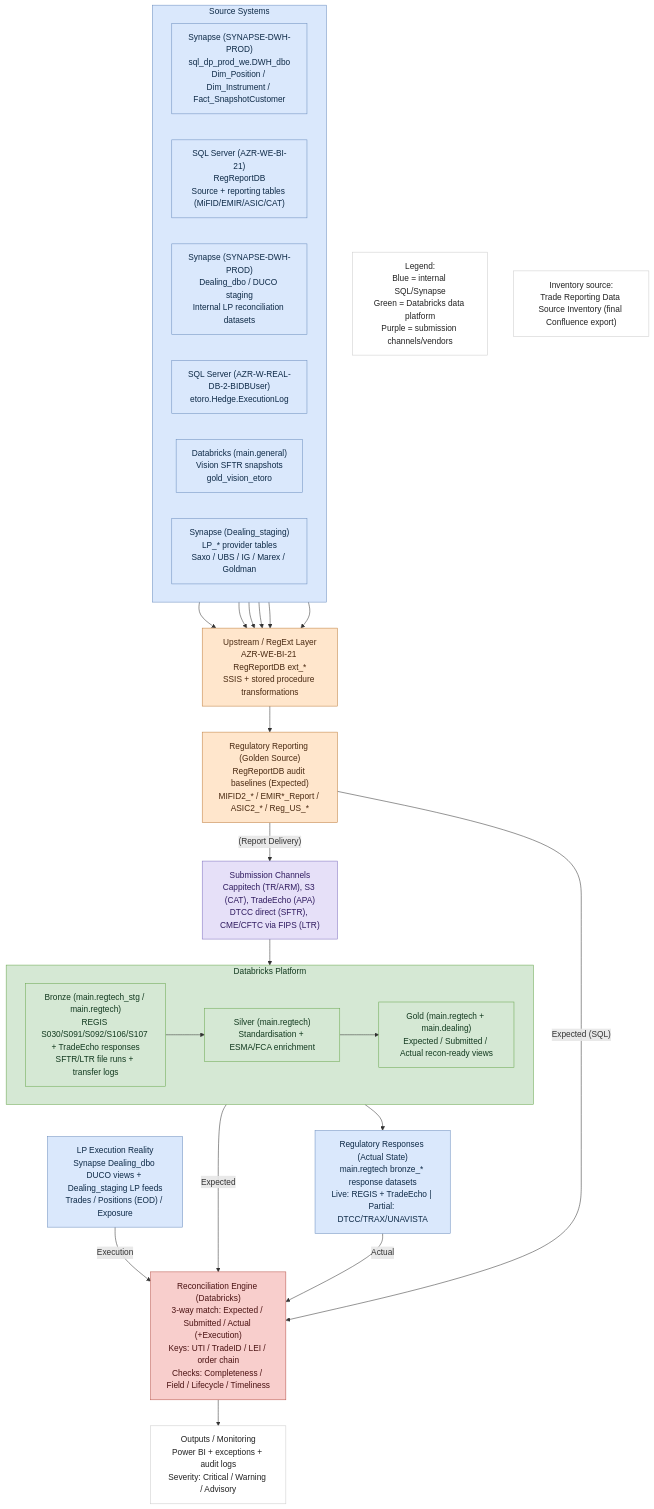
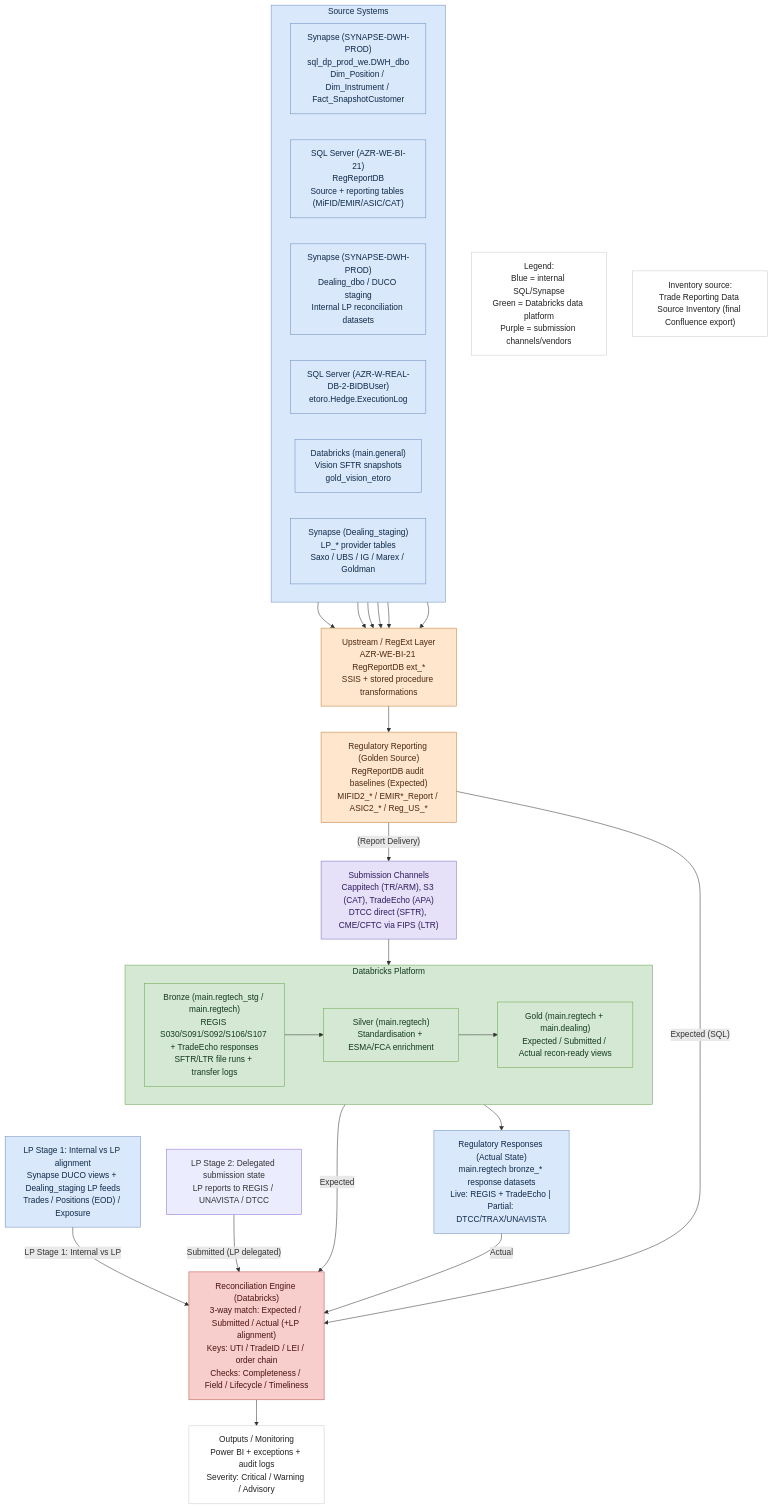
The diagram in docs/trade-recon-architecture-v2-from-xml.md (valentinosko-hub/RegTech), drawn with Mermaid before and after one commit. The commit also changed 2 other files, not shown here.

Commit message:
Refine LP flow to two-stage control semantics

````diff
--- a/docs/trade-recon-architecture-v2-from-xml.md
+++ b/docs/trade-recon-architecture-v2-from-xml.md
@@ -3,65 +3,67 @@
 ```mermaid
 flowchart TB
   %% Source systems
   subgraph SW1["Source Systems"]
     direction LR
     S1["Synapse (SYNAPSE-DWH-PROD)<br/>sql_dp_prod_we.DWH_dbo<br/>Dim_Position / Dim_Instrument / Fact_SnapshotCustomer"]
     S2["SQL Server (AZR-WE-BI-21)<br/>RegReportDB<br/>Source + reporting tables (MiFID/EMIR/ASIC/CAT)"]
     S3["Synapse (SYNAPSE-DWH-PROD)<br/>Dealing_dbo / DUCO staging<br/>Internal LP reconciliation datasets"]
     S4["SQL Server (AZR-W-REAL-DB-2-BIDBUser)<br/>etoro.Hedge.ExecutionLog"]
     S5["Databricks (main.general)<br/>Vision SFTR snapshots<br/>gold_vision_etoro"]
     S6["Synapse (Dealing_staging)<br/>LP_* provider tables<br/>Saxo / UBS / IG / Marex / Goldman"]
   end
 
   REGEXT["Upstream / RegExt Layer<br/>AZR-WE-BI-21 RegReportDB ext_*<br/>SSIS + stored procedure transformations"]
   REPORT["Regulatory Reporting (Golden Source)<br/>RegReportDB audit baselines (Expected)<br/>MIFID2_* / EMIR*_Report / ASIC2_* / Reg_US_*"]
   SUB["Submission Channels<br/>Cappitech (TR/ARM), S3 (CAT), TradeEcho (APA)<br/>DTCC direct (SFTR), CME/CFTC via FIPS (LTR)"]
 
   %% Databricks platform
   subgraph DB["Databricks Platform"]
     direction LR
     BRONZE["Bronze (main.regtech_stg / main.regtech)<br/>REGIS S030/S091/S092/S106/S107 + TradeEcho responses<br/>SFTR/LTR file runs + transfer logs"]
     SILVER["Silver (main.regtech)<br/>Standardisation + ESMA/FCA enrichment"]
     GOLD["Gold (main.regtech + main.dealing)<br/>Expected / Submitted / Actual recon-ready views"]
   end
 
-  LP["LP Execution Reality<br/>Synapse Dealing_dbo DUCO views + Dealing_staging LP feeds<br/>Trades / Positions (EOD) / Exposure"]
+  LP["LP Stage 1: Internal vs LP alignment<br/>Synapse DUCO views + Dealing_staging LP feeds<br/>Trades / Positions (EOD) / Exposure"]
+  LPSUB["LP Stage 2: Delegated submission state<br/>LP reports to REGIS / UNAVISTA / DTCC"]
   TR["Regulatory Responses (Actual State)<br/>main.regtech bronze_* response datasets<br/>Live: REGIS + TradeEcho | Partial: DTCC/TRAX/UNAVISTA"]
-  RECON["Reconciliation Engine (Databricks)<br/>3-way match: Expected / Submitted / Actual (+Execution)<br/>Keys: UTI / TradeID / LEI / order chain<br/>Checks: Completeness / Field / Lifecycle / Timeliness"]
+  RECON["Reconciliation Engine (Databricks)<br/>3-way match: Expected / Submitted / Actual (+LP alignment)<br/>Keys: UTI / TradeID / LEI / order chain<br/>Checks: Completeness / Field / Lifecycle / Timeliness"]
   OUT["Outputs / Monitoring<br/>Power BI + exceptions + audit logs<br/>Severity: Critical / Warning / Advisory"]
 
   LEGEND["Legend:<br/>Blue = internal SQL/Synapse<br/>Green = Databricks data platform<br/>Purple = submission channels/vendors"]
   NOTE["Inventory source:<br/>Trade Reporting Data Source Inventory (final Confluence export)"]
 
   %% Edges translated from XML
   S1 --> REGEXT
   S2 --> REGEXT
   S3 --> REGEXT
   S4 --> REGEXT
   S5 --> REGEXT
   S6 --> REGEXT
   REGEXT --> REPORT
   REPORT -- "(Report Delivery)" --> SUB
   SUB --> BRONZE
   BRONZE --> SILVER --> GOLD
   GOLD -- "Expected" --> RECON
-  LP -- "Execution" --> RECON
+  LP -- "LP Stage 1: Internal vs LP" --> RECON
+  LPSUB -- "Submitted (LP delegated)" --> RECON
   TR -- "Actual" --> RECON
   RECON --> OUT
   REPORT -- "Expected (SQL)" --> RECON
   GOLD --> TR
 
   classDef internal fill:#dae8fc,stroke:#6c8ebf,color:#0e2a47;
   classDef sql fill:#ffe6cc,stroke:#bf7f3f,color:#4a2a12;
   classDef vendor fill:#e6e0f8,stroke:#7f70bf,color:#2f1a5f;
   classDef dbx fill:#d5e8d4,stroke:#6aa84f,color:#12391f;
   classDef recon fill:#f8cecc,stroke:#b8544a,color:#4a1212;
   classDef neutral fill:#ffffff,stroke:#cccccc,color:#222;
 
   class SW1,S1,S2,S3,S4,S5,S6,LP,TR internal;
   class REGEXT,REPORT sql;
   class SUB vendor;
   class DB,BRONZE,SILVER,GOLD dbx;
   class RECON recon;
   class OUT,LEGEND,NOTE neutral;
 ```
````
